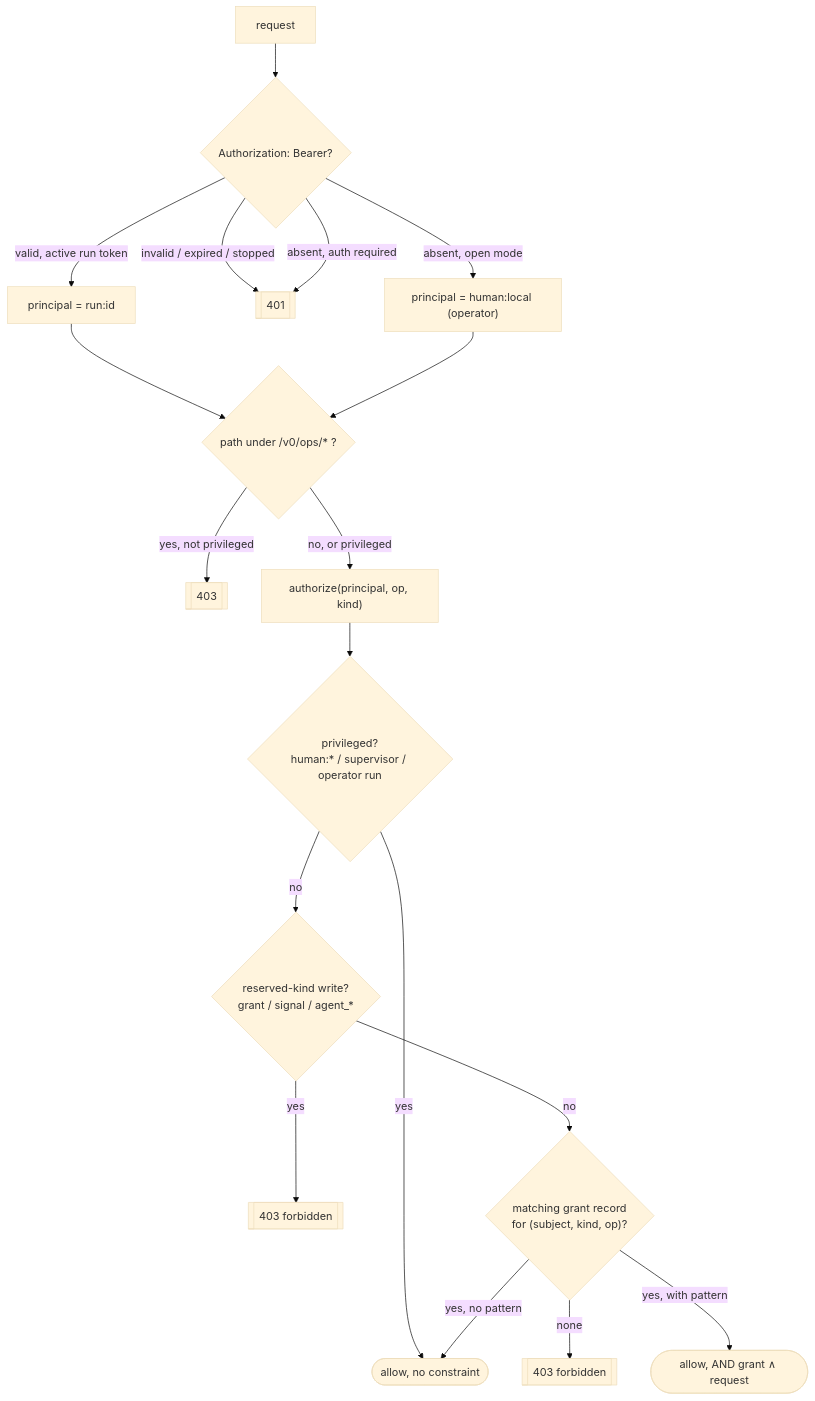
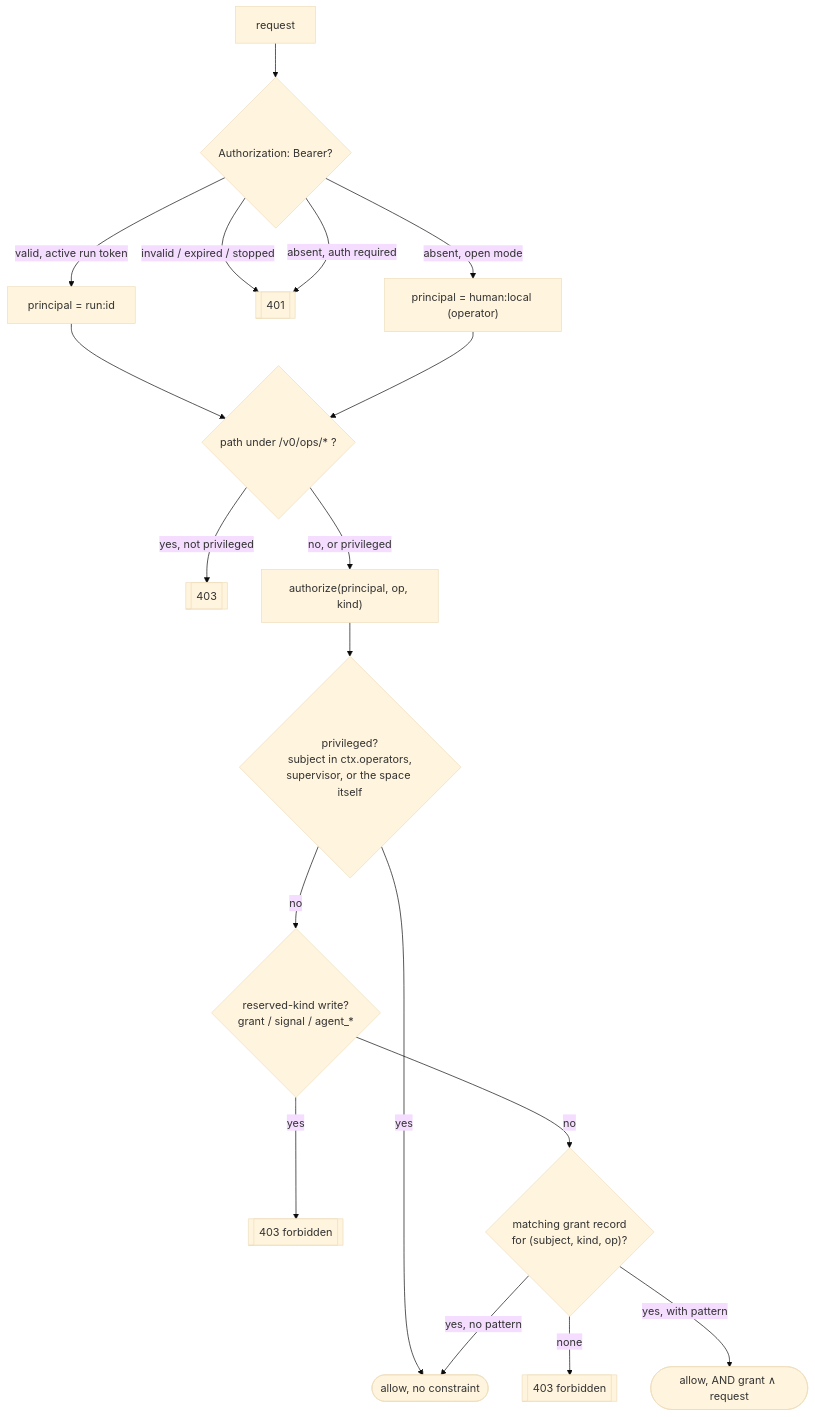
One commit to wistrand/radia changed the third of 5 diagrams in agent_docs/design-auth.md. Above: the diagram before and after it, drawn with Mermaid (base theme). The commit also changed other lines of this file and 37 other files, not shown here.

````diff
--- a/agent_docs/design-auth.md
+++ b/agent_docs/design-auth.md
@@ -236,20 +264,20 @@
 ```mermaid
 flowchart TD
     Req[request] --> B{"Authorization: Bearer?"}
     B -->|"valid, active run token"| Prin["principal = run:id"]
     B -->|"invalid / expired / stopped"| E401[["401"]]
     B -->|"absent, auth required"| E401
     B -->|"absent, open mode"| Oper["principal = human:local (operator)"]
     Prin --> Ops
     Oper --> Ops
     Ops{"path under /v0/ops/* ?"} -->|"yes, not privileged"| E403a[["403"]]
     Ops -->|"no, or privileged"| Az["authorize(principal, op, kind)"]
-    Az --> Priv{"privileged?<br/>human:* / supervisor / operator run"}
+    Az --> Priv{"privileged?<br/>subject in ctx.operators,<br/>supervisor, or the space itself"}
     Priv -->|"yes"| Allow(["allow, no constraint"])
     Priv -->|"no"| Res{"reserved-kind write?<br/>grant / signal / agent_*"}
     Res -->|"yes"| E403b[["403 forbidden"]]
     Res -->|"no"| Grant{"matching grant record<br/>for (subject, kind, op)?"}
     Grant -->|"none"| E403c[["403 forbidden"]]
     Grant -->|"yes, no pattern"| Allow
     Grant -->|"yes, with pattern"| AllowT(["allow, AND grant ∧ request"])
 ```
````
